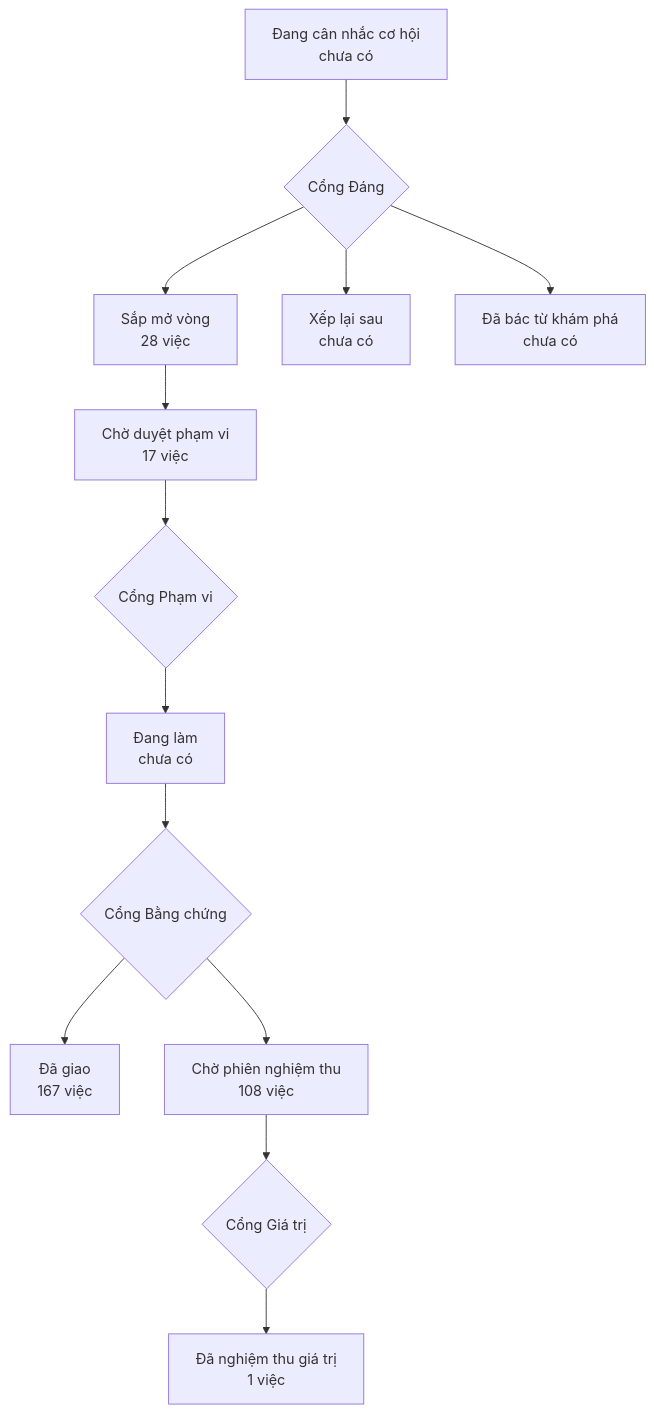
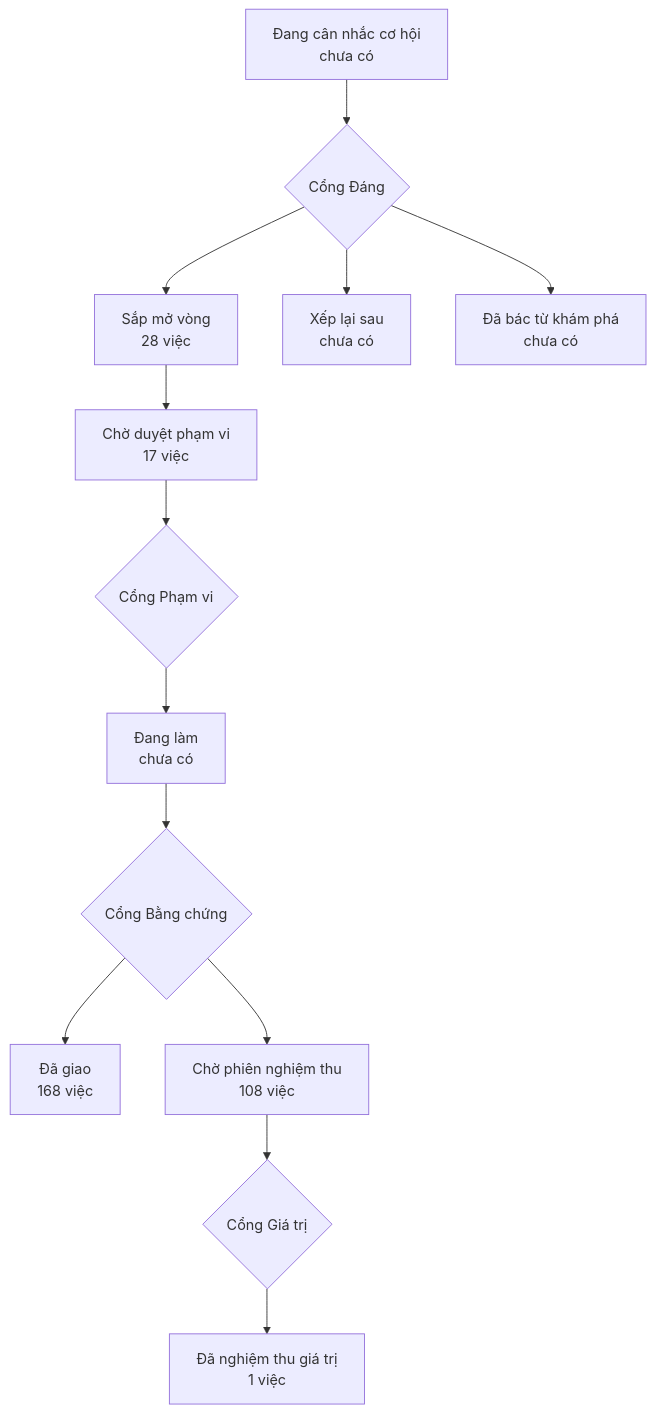
Before and after one commit to phanlemanh/onehub-invest: the diagram in PRODUCT-MAP.md, drawn with Mermaid. The commit also changed other lines of this file and 1 other file, not shown here.

Commit message:
chore(acceptance): vẽ lại bản đồ sản phẩm sau khi gộp main

````diff
--- a/PRODUCT-MAP.md
+++ b/PRODUCT-MAP.md
@@ -7,12 +7,12 @@
 ```mermaid
 flowchart TD
   A["Đang cân nhắc cơ hội<br/>chưa có"] --> GD{"Cổng Đáng"}
   GD --> B["Sắp mở vòng<br/>28 việc"]
   GD --> XL["Xếp lại sau<br/>chưa có"]
   GD --> DB["Đã bác từ khám phá<br/>chưa có"]
   B --> CD["Chờ duyệt phạm vi<br/>17 việc"] --> GP{"Cổng Phạm vi"}
   GP --> DL["Đang làm<br/>chưa có"] --> GB{"Cổng Bằng chứng"}
-  GB --> DG["Đã giao<br/>167 việc"]
+  GB --> DG["Đã giao<br/>168 việc"]
   GB --> CN["Chờ phiên nghiệm thu<br/>108 việc"] --> GG{"Cổng Giá trị"}
   GG --> NT["Đã nghiệm thu giá trị<br/>1 việc"]
 ```
````
